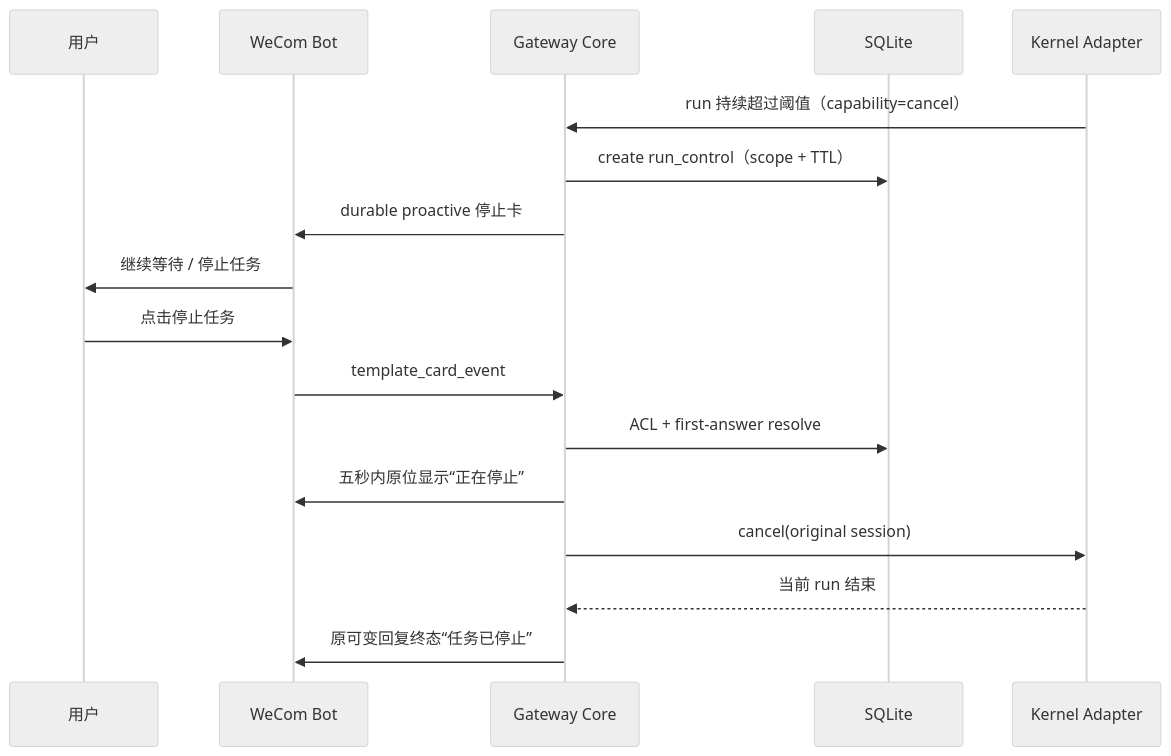
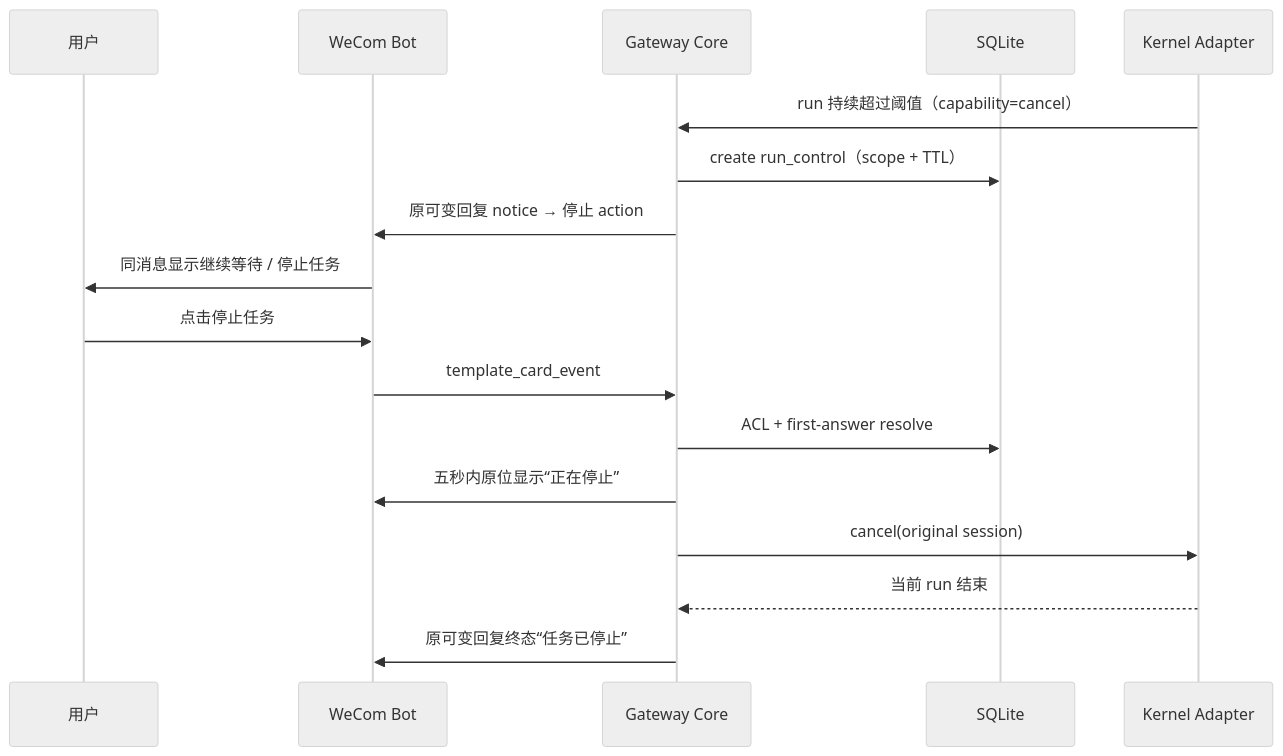
The fifth of 6 diagrams in docs/interaction-cards.md (fyaic/wecom-agent-gateway), drawn with Mermaid (neutral theme) before and after one commit. The commit also changed other lines of this file and 10 other files, not shown here.

````diff
--- a/docs/interaction-cards.md
+++ b/docs/interaction-cards.md
@@ -397,20 +397,20 @@
 ```mermaid
 sequenceDiagram
     participant U as 用户
     participant W as WeCom Bot
     participant G as Gateway Core
     participant S as SQLite
     participant A as Kernel Adapter
 
     A->>G: run 持续超过阈值（capability=cancel）
     G->>S: create run_control（scope + TTL）
-    G->>W: durable proactive 停止卡
-    W->>U: 继续等待 / 停止任务
+    G->>W: 原可变回复 notice → 停止 action
+    W->>U: 同消息显示继续等待 / 停止任务
     U->>W: 点击停止任务
     W->>G: template_card_event
     G->>S: ACL + first-answer resolve
     G->>W: 五秒内原位显示“正在停止”
     G->>A: cancel(original session)
     A-->>G: 当前 run 结束
     G->>W: 原可变回复终态“任务已停止”
 ```
````
